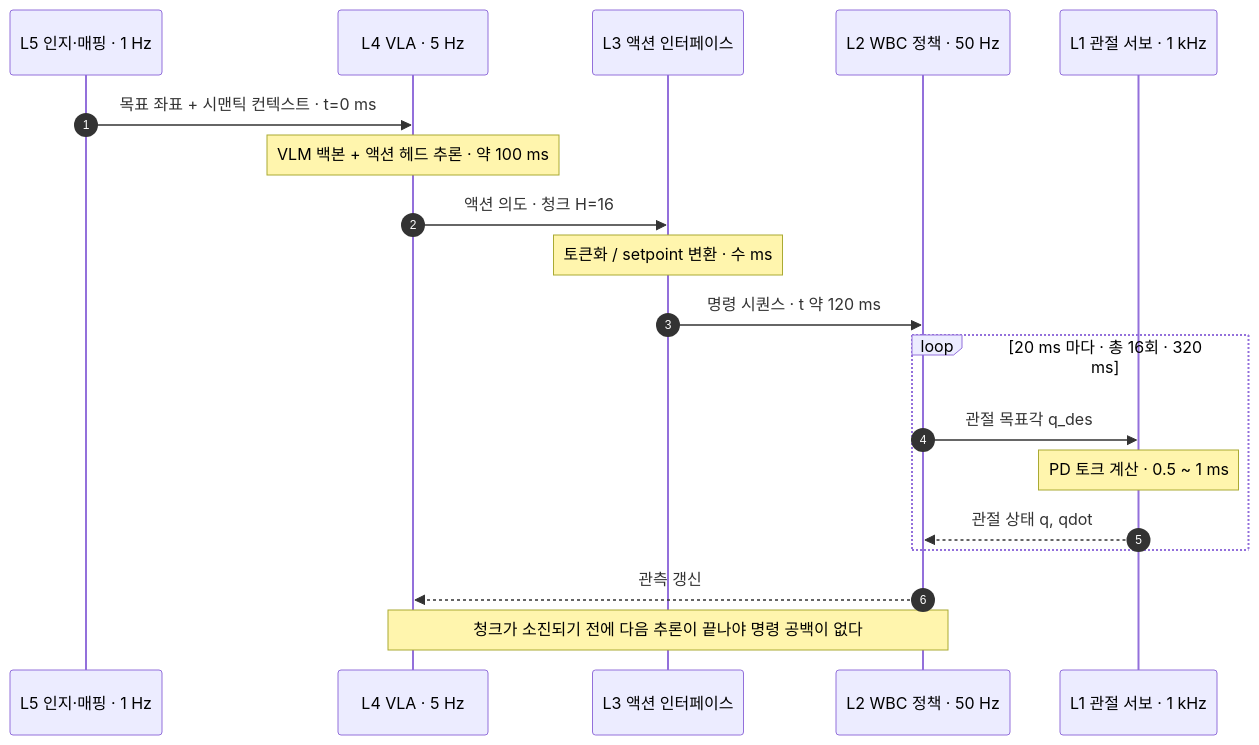
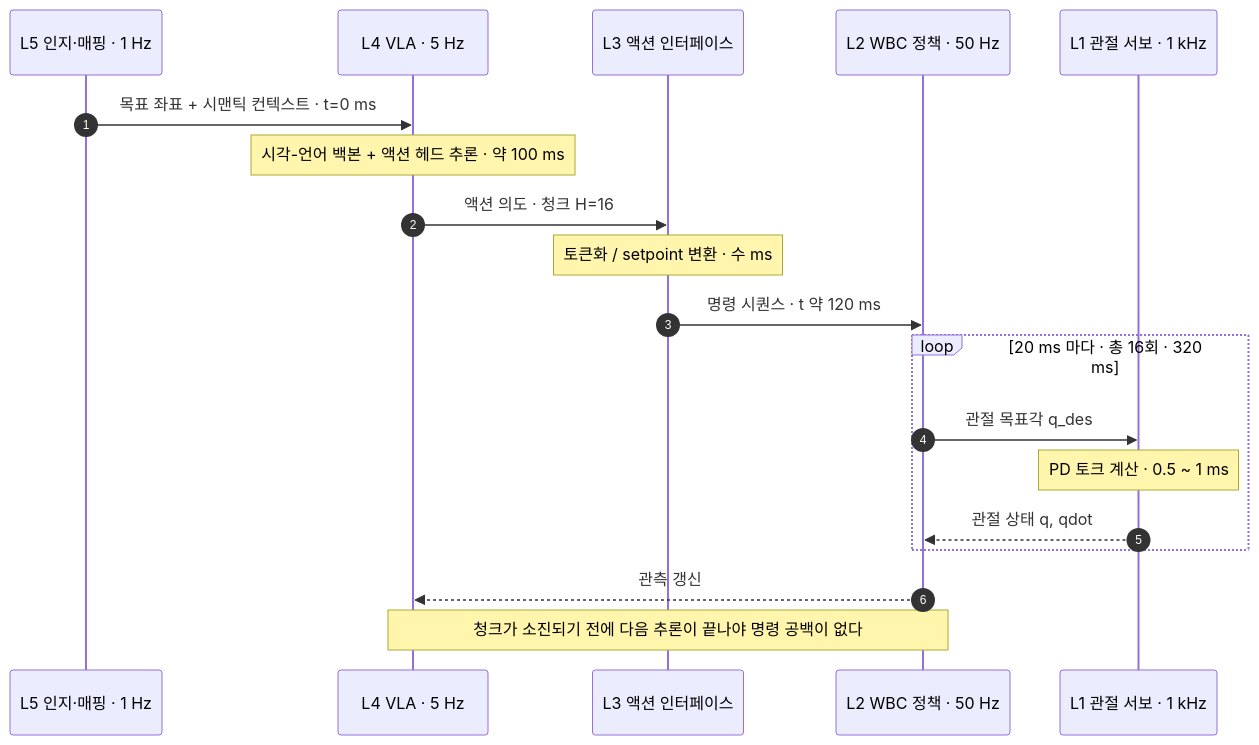
The third of 6 diagrams in course/w1-generative-core/01-physical-ai-landscape/lesson.md (sguys99/physical-ai-study), drawn with Mermaid before and after one commit. The commit also changed other lines of this file and 9 other files, not shown here.

````diff
--- a/course/w1-generative-core/01-physical-ai-landscape/lesson.md
+++ b/course/w1-generative-core/01-physical-ai-landscape/lesson.md
@@ -440,21 +392,21 @@
 ```mermaid
 sequenceDiagram
     autonumber
     participant L5 as L5 인지·매핑 · 1 Hz
     participant L4 as L4 VLA · 5 Hz
     participant L3 as L3 액션 인터페이스
     participant L2 as L2 WBC 정책 · 50 Hz
     participant L1 as L1 관절 서보 · 1 kHz
     L5->>L4: 목표 좌표 + 시맨틱 컨텍스트 · t=0 ms
-    Note over L4: VLM 백본 + 액션 헤드 추론 · 약 100 ms
+    Note over L4: 시각-언어 백본 + 액션 헤드 추론 · 약 100 ms
     L4->>L3: 액션 의도 · 청크 H=16
     Note over L3: 토큰화 / setpoint 변환 · 수 ms
     L3->>L2: 명령 시퀀스 · t 약 120 ms
     loop 20 ms 마다 · 총 16회 · 320 ms
         L2->>L1: 관절 목표각 q_des
         Note over L1: PD 토크 계산 · 0.5 ~ 1 ms
         L1-->>L2: 관절 상태 q, qdot
     end
     L2-->>L4: 관측 갱신
     Note over L4,L2: 청크가 소진되기 전에 다음 추론이 끝나야 명령 공백이 없다
 ```
````
